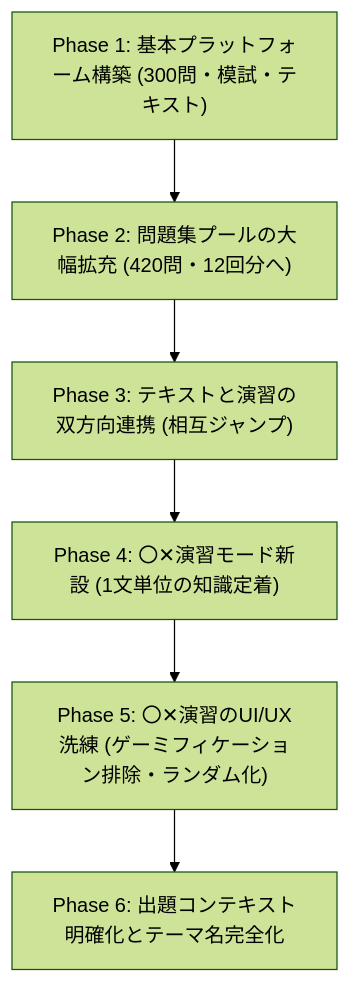
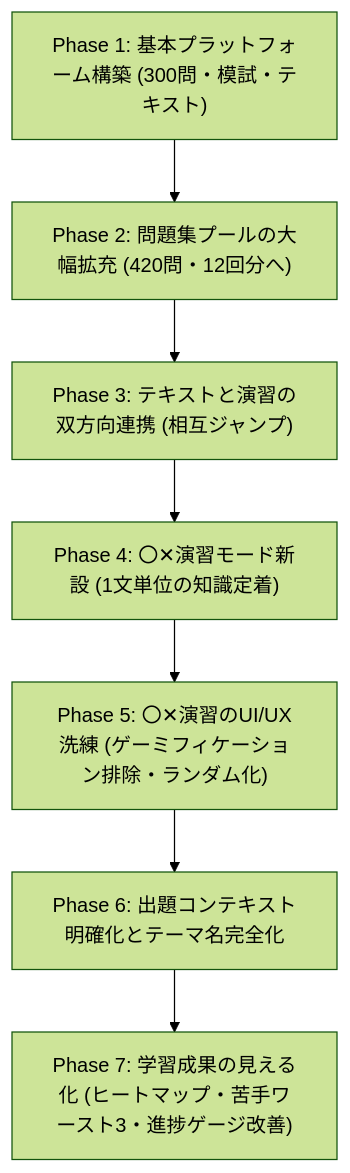
The diagram in docs/DEVELOPMENT_BLOG_POST.md (osaku0521-netizen/otsu4-learning-app), drawn with Mermaid (forest theme) before and after one commit. The commit also changed other lines of this file and 4 other files, not shown here.

````diff
--- a/docs/DEVELOPMENT_BLOG_POST.md
+++ b/docs/DEVELOPMENT_BLOG_POST.md
@@ -48,15 +53,17 @@
 ```mermaid
 flowchart TD
     Phase1["Phase 1: 基本プラットフォーム構築 (300問・模試・テキスト)"]
     Phase2["Phase 2: 問題集プールの大幅拡充 (420問・12回分へ)"]
     Phase3["Phase 3: テキストと演習の双方向連携 (相互ジャンプ)"]
     Phase4["Phase 4: 〇✕演習モード新設 (1文単位の知識定着)"]
     Phase5["Phase 5: 〇✕演習のUI/UX洗練 (ゲーミフィケーション排除・ランダム化)"]
     Phase6["Phase 6: 出題コンテキスト明確化とテーマ名完全化"]
+    Phase7["Phase 7: 学習成果の見える化 (ヒートマップ・苦手ワースト3・進捗ゲージ改善)"]
 
     Phase1 --> Phase2
     Phase2 --> Phase3
     Phase3 --> Phase4
     Phase4 --> Phase5
     Phase5 --> Phase6
+    Phase6 --> Phase7
 ```
````
